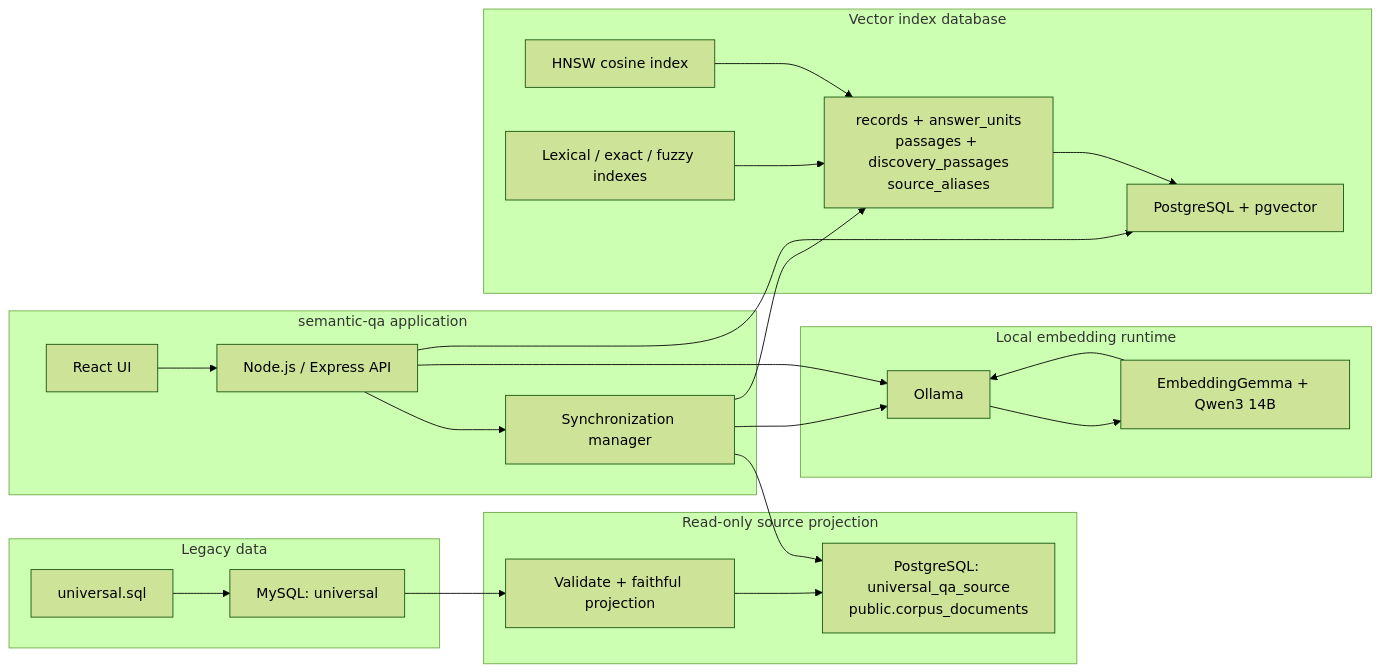
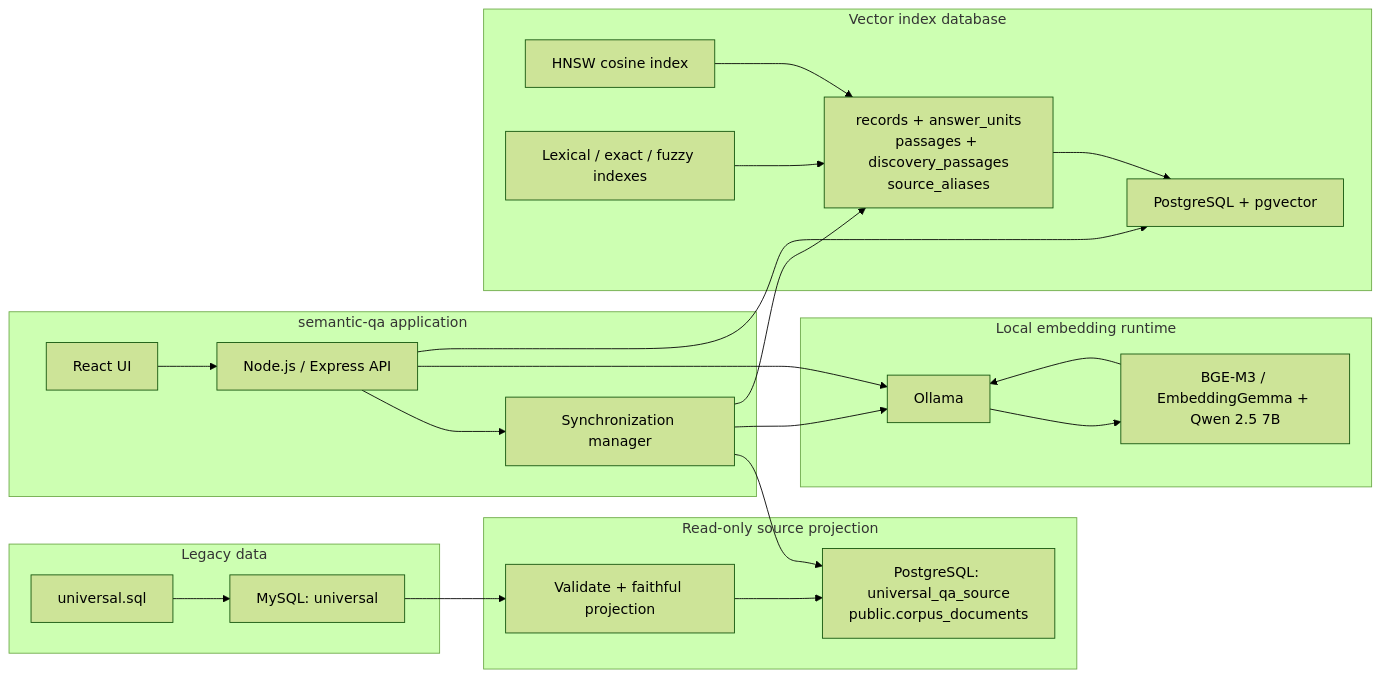
Before and after one commit to Ramakanth001/tools: the first of 4 diagrams in semantic-qa/ARCHITECTURE.md, drawn with Mermaid (forest theme). The commit also changed other lines of this file and 45 other files, not shown here.

````diff
--- a/semantic-qa/ARCHITECTURE.md
+++ b/semantic-qa/ARCHITECTURE.md
@@ -45,46 +45,46 @@
 ```mermaid
 flowchart LR
     subgraph Legacy["Legacy data"]
         SQL["universal.sql"]
         MYSQL["MySQL: universal"]
     end
 
     subgraph Source["Read-only source projection"]
         IMPORT["Validate + faithful projection"]
         PG_SOURCE["PostgreSQL: universal_qa_source\npublic.corpus_documents"]
     end
 
     subgraph App["semantic-qa application"]
         UI["React UI"]
         API["Node.js / Express API"]
         SYNC["Synchronization manager"]
     end
 
     subgraph Embeddings["Local embedding runtime"]
         OLLAMA["Ollama"]
-        MODEL["EmbeddingGemma + Qwen3 14B"]
+        MODEL["BGE-M3 / EmbeddingGemma + Qwen 2.5 7B"]
     end
 
     subgraph Index["Vector index database"]
         PGVECTOR["PostgreSQL + pgvector"]
         RECORDS["records + answer_units\npassages + discovery_passages\nsource_aliases"]
         HNSW["HNSW cosine index"]
         GIN["Lexical / exact / fuzzy indexes"]
     end
 
     SQL --> MYSQL
     MYSQL --> IMPORT
     IMPORT --> PG_SOURCE
     UI --> API
     API --> SYNC
     SYNC --> PG_SOURCE
     SYNC --> OLLAMA
     OLLAMA --> MODEL
     MODEL --> OLLAMA
     SYNC --> RECORDS
     RECORDS --> PGVECTOR
     HNSW --> RECORDS
     GIN --> RECORDS
     API --> OLLAMA
     API --> PGVECTOR
 ```
````
